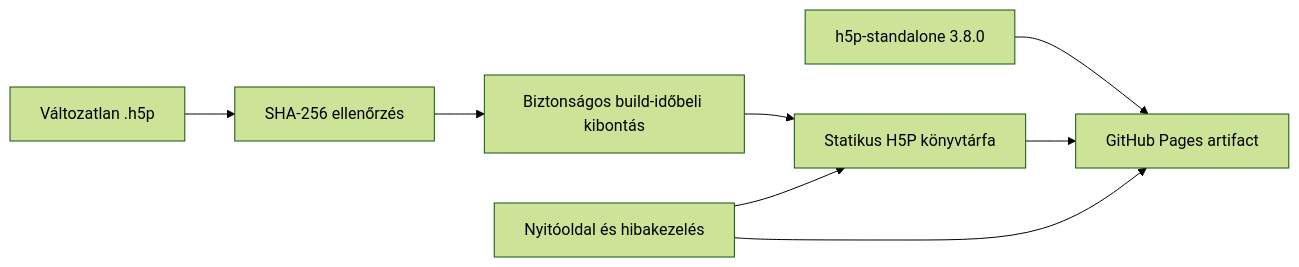
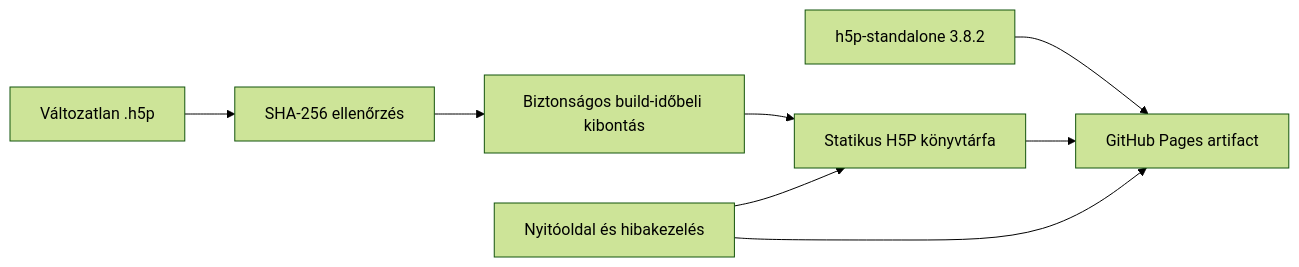
One commit to Tikitaka1984/digitalis-tortenelem-erettsegi-akademia changed the diagram in docs/ARCHITECTURE.md. Above: the diagram before and after it, drawn with Mermaid (forest theme). The commit also changed other lines of this file and 3 other files, not shown here.

````diff
--- a/docs/ARCHITECTURE.md
+++ b/docs/ARCHITECTURE.md
@@ -23,10 +23,10 @@
 ```mermaid
 flowchart LR
   A["Változatlan .h5p"] --> B["SHA-256 ellenőrzés"]
   B --> C["Biztonságos build-időbeli kibontás"]
   C --> D["Statikus H5P könyvtárfa"]
   G["Rögzített Lumi média-könyvtárak"] --> D
-  E["h5p-standalone 3.8.0"] --> F["GitHub Pages artifact"]
+  E["h5p-standalone 3.8.2"] --> F["GitHub Pages artifact"]
   D --> F
   G["Nyitóoldal és hibakezelés"] --> F
 ```
````
